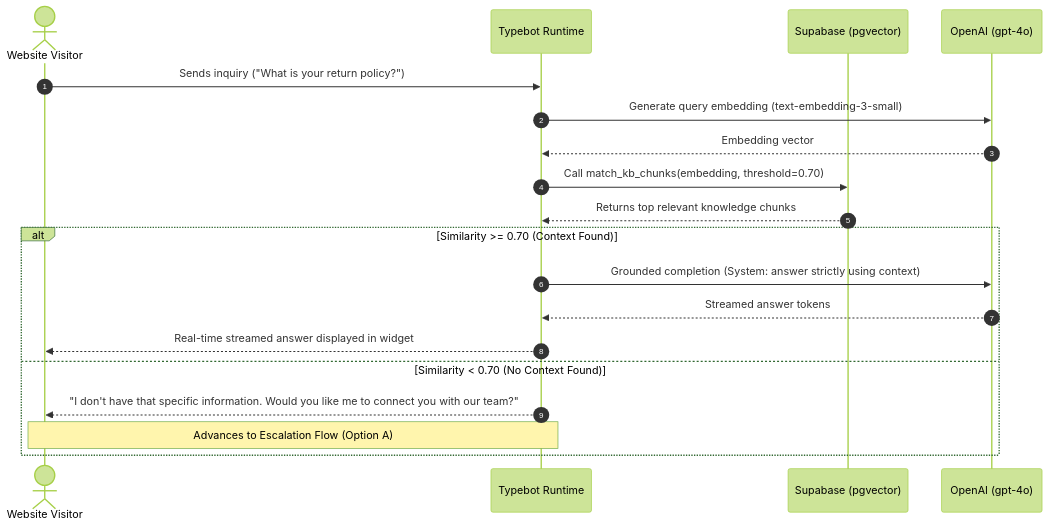
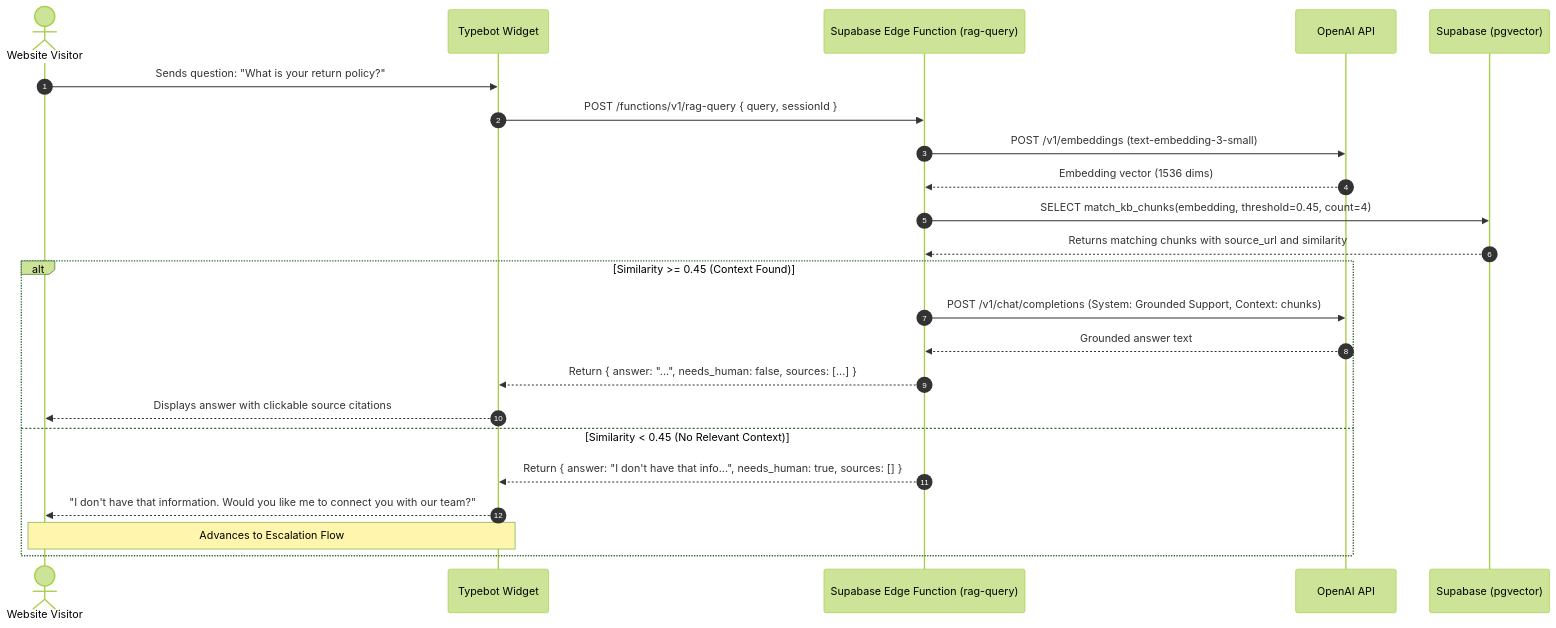
One commit to robinsehnalik/website-chatbot changed the second of 3 diagrams in architecture.md. Above: the diagram before and after it, drawn with Mermaid (forest theme). The commit also changed other lines of this file and 14 other files, not shown here.

Commit message:
refactor: standardize on Typebot + Supabase Edge Function, calibrate RAG, add HNSW & RLS security

````diff
--- a/architecture.md
+++ b/architecture.md
@@ -118,22 +108,26 @@
 ```mermaid
 sequenceDiagram
     autonumber
     actor Visitor as Website Visitor
-    participant TB as Typebot Runtime
+    participant TB as Typebot Widget
+    participant Edge as Supabase Edge Function (rag-query)
+    participant OpenAI as OpenAI API
     participant Supa as Supabase (pgvector)
-    participant LLM as OpenAI (gpt-4o)
 
-    Visitor->>TB: Sends inquiry ("What is your return policy?")
-    TB->>LLM: Generate query embedding (text-embedding-3-small)
-    LLM-->>TB: Embedding vector
-    TB->>Supa: Call match_kb_chunks(embedding, threshold=0.70)
-    Supa-->>TB: Returns top relevant knowledge chunks
-    alt Similarity >= 0.70 (Context Found)
-        TB->>LLM: Grounded completion (System: answer strictly using context)
-        LLM-->>TB: Streamed answer tokens
-        TB-->>Visitor: Real-time streamed answer displayed in widget
-    else Similarity < 0.70 (No Context Found)
-        TB-->>Visitor: "I don't have that specific information. Would you like me to connect you with our team?"
-        Note over TB,Visitor: Advances to Escalation Flow (Option A)
+    Visitor->>TB: Sends question: "What is your return policy?"
+    TB->>Edge: POST /functions/v1/rag-query { query, sessionId }
+    Edge->>OpenAI: POST /v1/embeddings (text-embedding-3-small)
+    OpenAI-->>Edge: Embedding vector (1536 dims)
+    Edge->>Supa: SELECT match_kb_chunks(embedding, threshold=0.45, count=4)
+    Supa-->>Edge: Returns matching chunks with source_url and similarity
+    alt Similarity >= 0.45 (Context Found)
+        Edge->>OpenAI: POST /v1/chat/completions (System: Grounded Support, Context: chunks)
+        OpenAI-->>Edge: Grounded answer text
+        Edge-->>TB: Return { answer: "...", needs_human: false, sources: [...] }
+        TB-->>Visitor: Displays answer with clickable source citations
+    else Similarity < 0.45 (No Relevant Context)
+        Edge-->>TB: Return { answer: "I don't have that info...", needs_human: true, sources: [] }
+        TB-->>Visitor: "I don't have that information. Would you like me to connect you with our team?"
+        Note over TB,Visitor: Advances to Escalation Flow
     end
 ```
````
